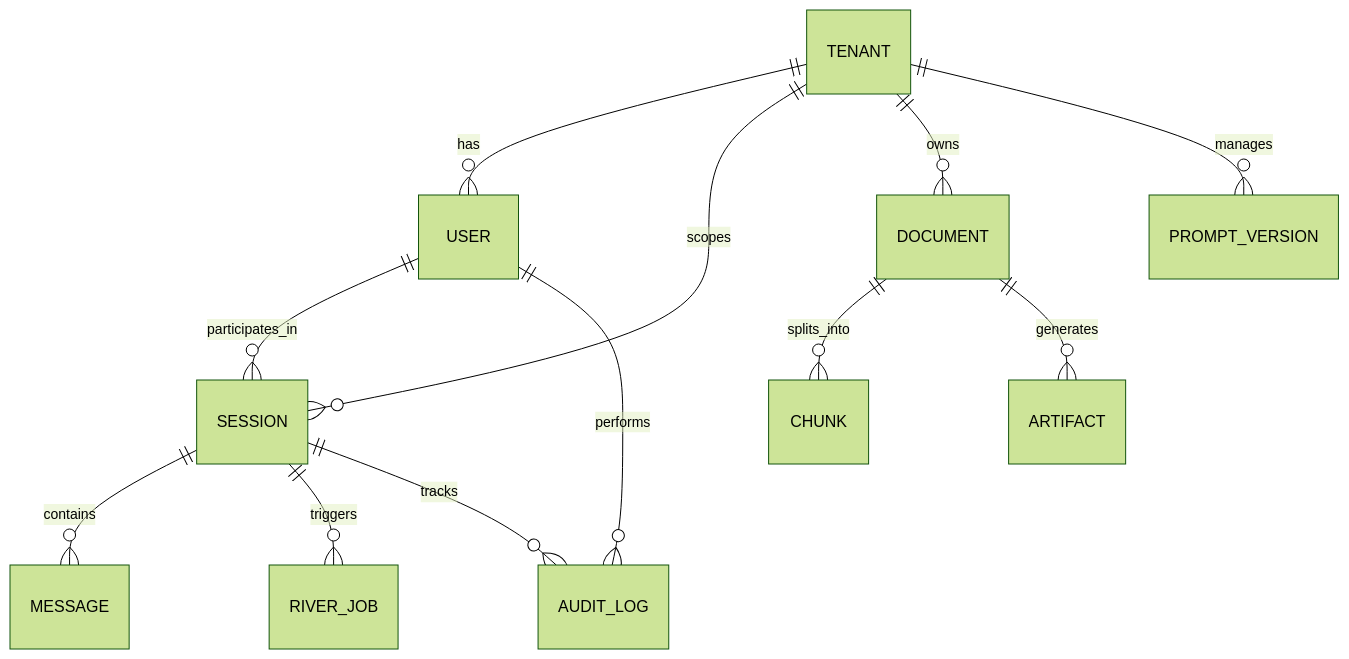
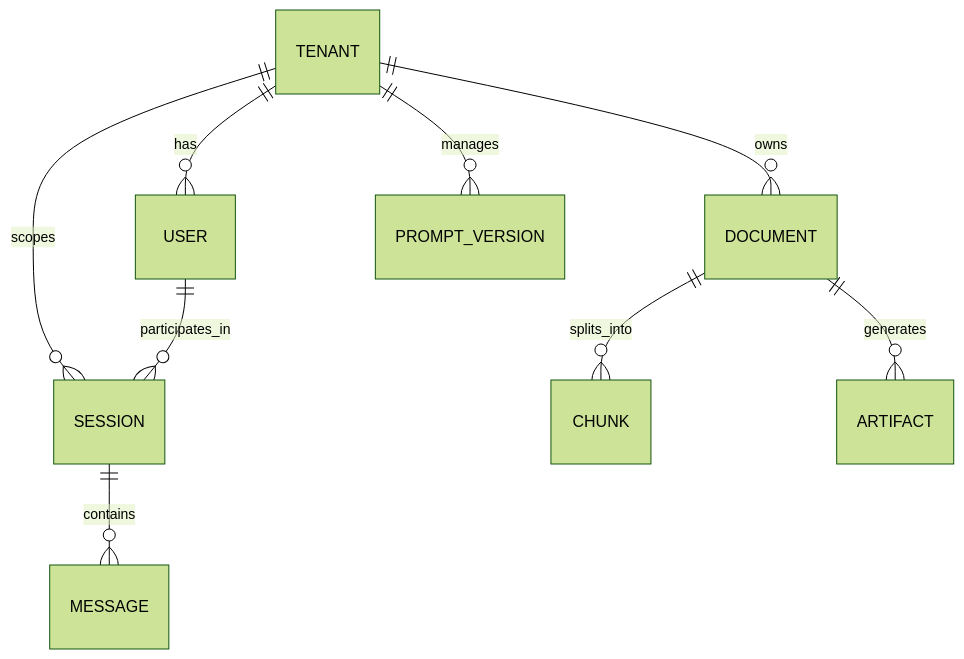
One commit to valpere/ragivka changed the seventh of 7 diagrams in docs/architecture.md. Above: the diagram before and after it, drawn with Mermaid (forest theme). The commit also changed other lines of this file and 7 other files, not shown here.

First line of the commit message:
docs: mark Write-tool/AUDIT_LOG wiring as deferred; drop duplicate .mmd diagrams (#109)

````diff
--- a/docs/architecture.md
+++ b/docs/architecture.md
@@ -268,16 +268,13 @@
 ```mermaid
 erDiagram
     TENANT ||--o{ USER : has
     TENANT ||--o{ SESSION : scopes
     TENANT ||--o{ DOCUMENT : owns
     TENANT ||--o{ PROMPT_VERSION : manages
     
     USER ||--o{ SESSION : participates_in
     SESSION ||--o{ MESSAGE : contains
-    SESSION ||--o{ RIVER_JOB : triggers
-    SESSION ||--o{ AUDIT_LOG : tracks
-    USER ||--o{ AUDIT_LOG : performs
     
     DOCUMENT ||--o{ CHUNK : splits_into
     DOCUMENT ||--o{ ARTIFACT : generates
 ```
````
